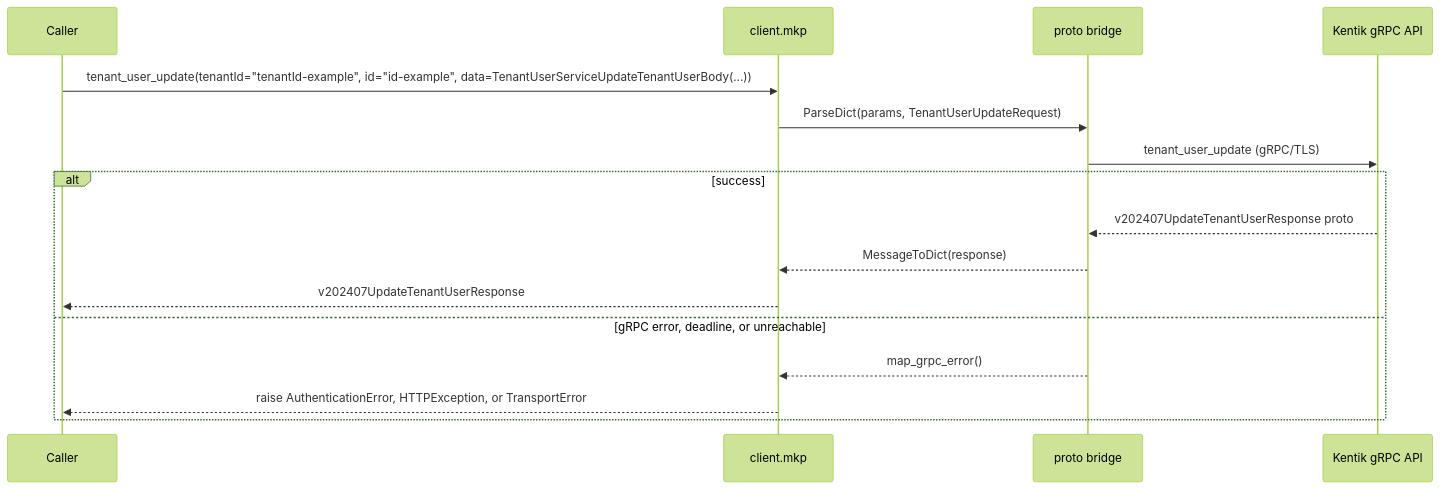
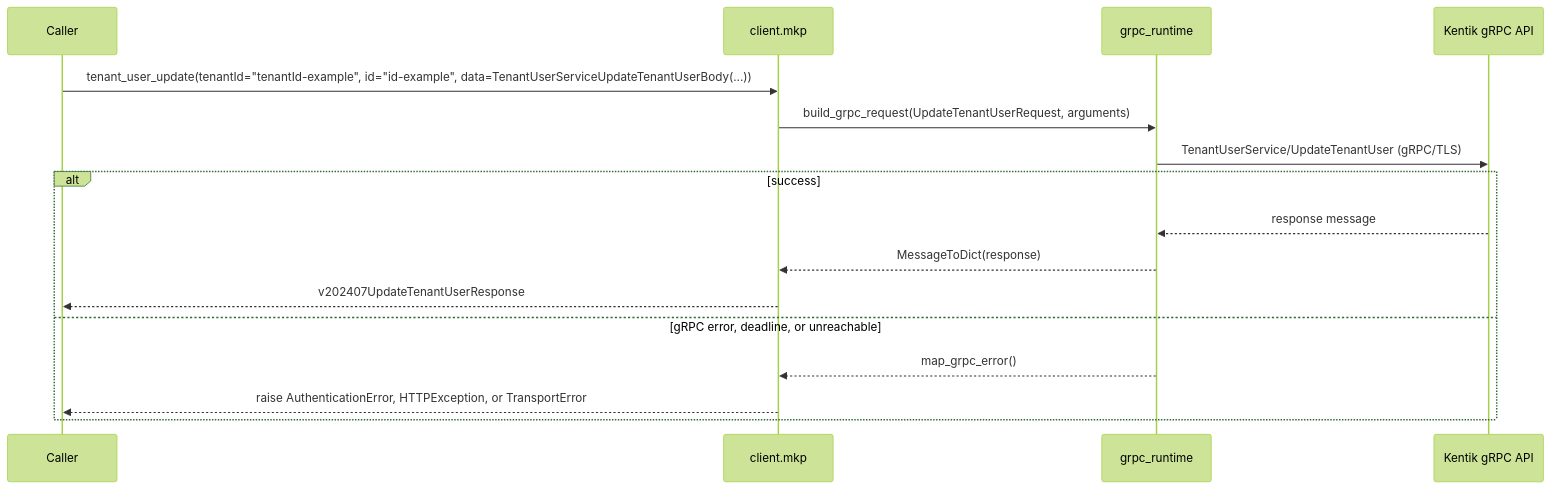
Diagram 27 of 30 in docs/sphinx/services/mkp.md (alexdearaujo/community_sdk_python), drawn with Mermaid (forest theme) before and after one commit. The commit also changed other lines of this file and 37 other files, not shown here.

First line of the commit message:
docs: show the real RPC in each service page's gRPC diagram

````diff
--- a/docs/sphinx/services/mkp.md
+++ b/docs/sphinx/services/mkp.md
@@ -963,19 +963,19 @@
 ```mermaid
 sequenceDiagram
     participant C as Caller
     participant W as client.mkp
-    participant B as proto bridge
+    participant R as grpc_runtime
     participant API as Kentik gRPC API
 
     C->>W: tenant_user_update(tenantId="tenantId-example", id="id-example", data=TenantUserServiceUpdateTenantUserBody(...))
-    W->>B: ParseDict(params, TenantUserUpdateRequest)
-    B->>API: tenant_user_update (gRPC/TLS)
+    W->>R: build_grpc_request(UpdateTenantUserRequest, arguments)
+    R->>API: TenantUserService/UpdateTenantUser (gRPC/TLS)
     alt success
-        API-->>B: v202407UpdateTenantUserResponse proto
-        B-->>W: MessageToDict(response)
+        API-->>R: response message
+        R-->>W: MessageToDict(response)
         W-->>C: v202407UpdateTenantUserResponse
     else gRPC error, deadline, or unreachable
-        B-->>W: map_grpc_error()
+        R-->>W: map_grpc_error()
         W-->>C: raise AuthenticationError, HTTPException, or TransportError
     end
 ```
````
